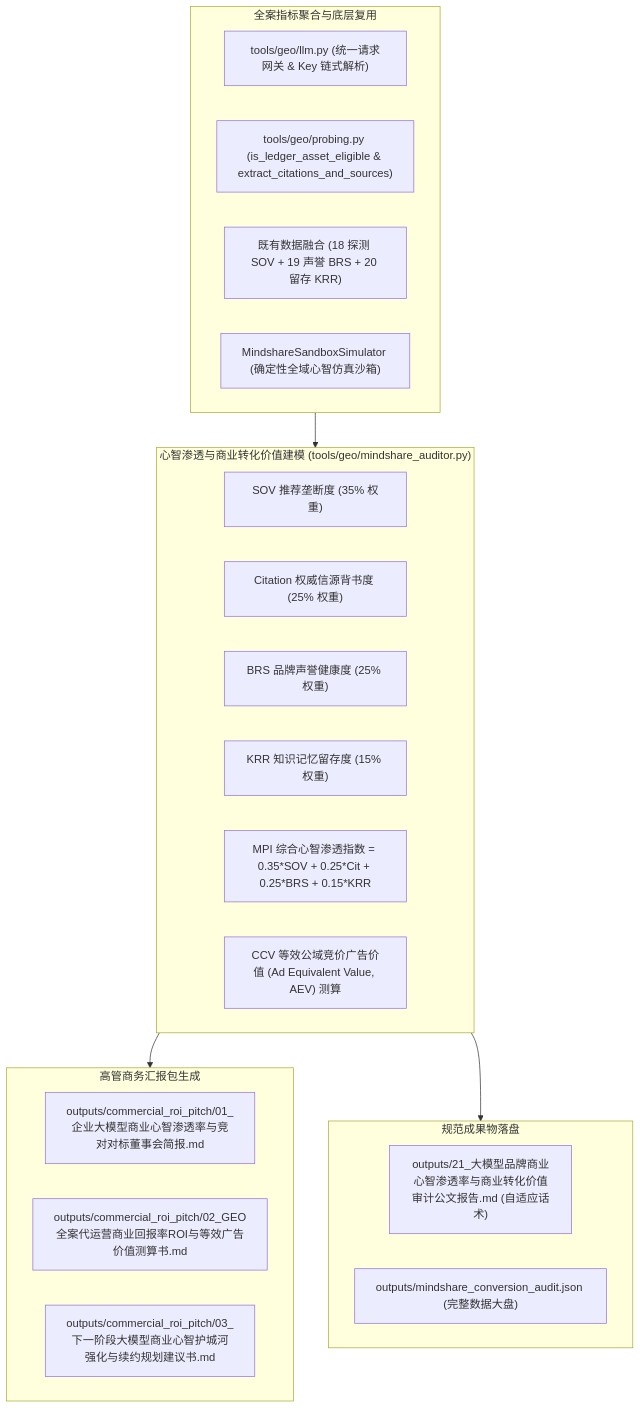
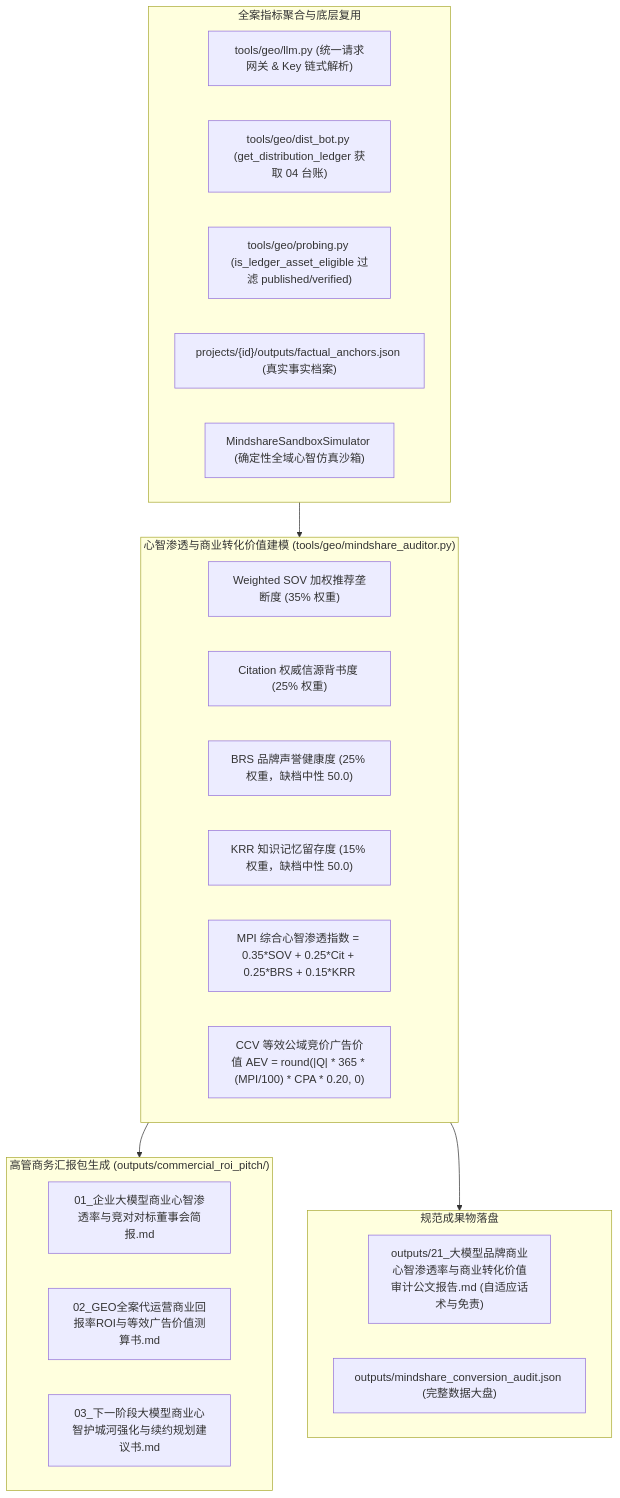
The diagram in openspec/changes/2026-09-03-大模型品牌商业心智渗透率与商业转化价值量化审计中枢/design.md (clownnotes/geo), drawn with Mermaid before and after one commit. The commit also changed other lines of this file and 2 other files, not shown here.

Commit message:
docs(opsx): 权威Spec回写闭环第21维心智与转化价值中枢6项审查意见（AEV系数/缺档中性50/台账点名/夹具补齐）

````diff
--- a/openspec/changes/2026-09-03-大模型品牌商业心智渗透率与商业转化价值量化审计中枢/design.md
+++ b/openspec/changes/2026-09-03-大模型品牌商业心智渗透率与商业转化价值量化审计中枢/design.md
@@ -5,33 +5,34 @@
 ```mermaid
 flowchart TD
     subgraph S1["全案指标聚合与底层复用"]
         M1["tools/geo/llm.py (统一请求网关 & Key 链式解析)"]
-        M2["tools/geo/probing.py (is_ledger_asset_eligible & extract_citations_and_sources)"]
-        M3["既有数据融合 (18 探测 SOV + 19 声誉 BRS + 20 留存 KRR)"]
-        M4["MindshareSandboxSimulator (确定性全域心智仿真沙箱)"]
+        M2["tools/geo/dist_bot.py (get_distribution_ledger 获取 04 台账)"]
+        M3["tools/geo/probing.py (is_ledger_asset_eligible 过滤 published/verified)"]
+        M4["projects/{id}/outputs/factual_anchors.json (真实事实档案)"]
+        M5["MindshareSandboxSimulator (确定性全域心智仿真沙箱)"]
     end
 
     subgraph S2["心智渗透与商业转化价值建模 (tools/geo/mindshare_auditor.py)"]
-        T1["SOV 推荐垄断度 (35% 权重)"]
+        T1["Weighted SOV 加权推荐垄断度 (35% 权重)"]
         T2["Citation 权威信源背书度 (25% 权重)"]
-        T3["BRS 品牌声誉健康度 (25% 权重)"]
-        T4["KRR 知识记忆留存度 (15% 权重)"]
+        T3["BRS 品牌声誉健康度 (25% 权重，缺档中性 50.0)"]
+        T4["KRR 知识记忆留存度 (15% 权重，缺档中性 50.0)"]
         T5["MPI 综合心智渗透指数 = 0.35*SOV + 0.25*Cit + 0.25*BRS + 0.15*KRR"]
-        T6["CCV 等效公域竞价广告价值 (Ad Equivalent Value, AEV) 测算"]
+        T6["CCV 等效公域竞价广告价值 AEV = round(|Q| * 365 * (MPI/100) * CPA * 0.20, 0)"]
     end
 
-    subgraph S3["高管商务汇报包生成"]
-        H1["outputs/commercial_roi_pitch/01_企业大模型商业心智渗透率与竞对对标董事会简报.md"]
-        H2["outputs/commercial_roi_pitch/02_GEO全案代运营商业回报率ROI与等效广告价值测算书.md"]
-        H3["outputs/commercial_roi_pitch/03_下一阶段大模型商业心智护城河强化与续约规划建议书.md"]
+    subgraph S3["高管商务汇报包生成 (outputs/commercial_roi_pitch/)"]
+        H1["01_企业大模型商业心智渗透率与竞对对标董事会简报.md"]
+        H2["02_GEO全案代运营商业回报率ROI与等效广告价值测算书.md"]
+        H3["03_下一阶段大模型商业心智护城河强化与续约规划建议书.md"]
     end
 
     subgraph S4["规范成果物落盘"]
-        R1["outputs/21_大模型品牌商业心智渗透率与商业转化价值审计公文报告.md (自适应话术)"]
+        R1["outputs/21_大模型品牌商业心智渗透率与商业转化价值审计公文报告.md (自适应话术与免责)"]
         R2["outputs/mindshare_conversion_audit.json (完整数据大盘)"]
     end
 
     S1 --> S2
     S2 --> S3
     S2 --> S4
 ```
````
